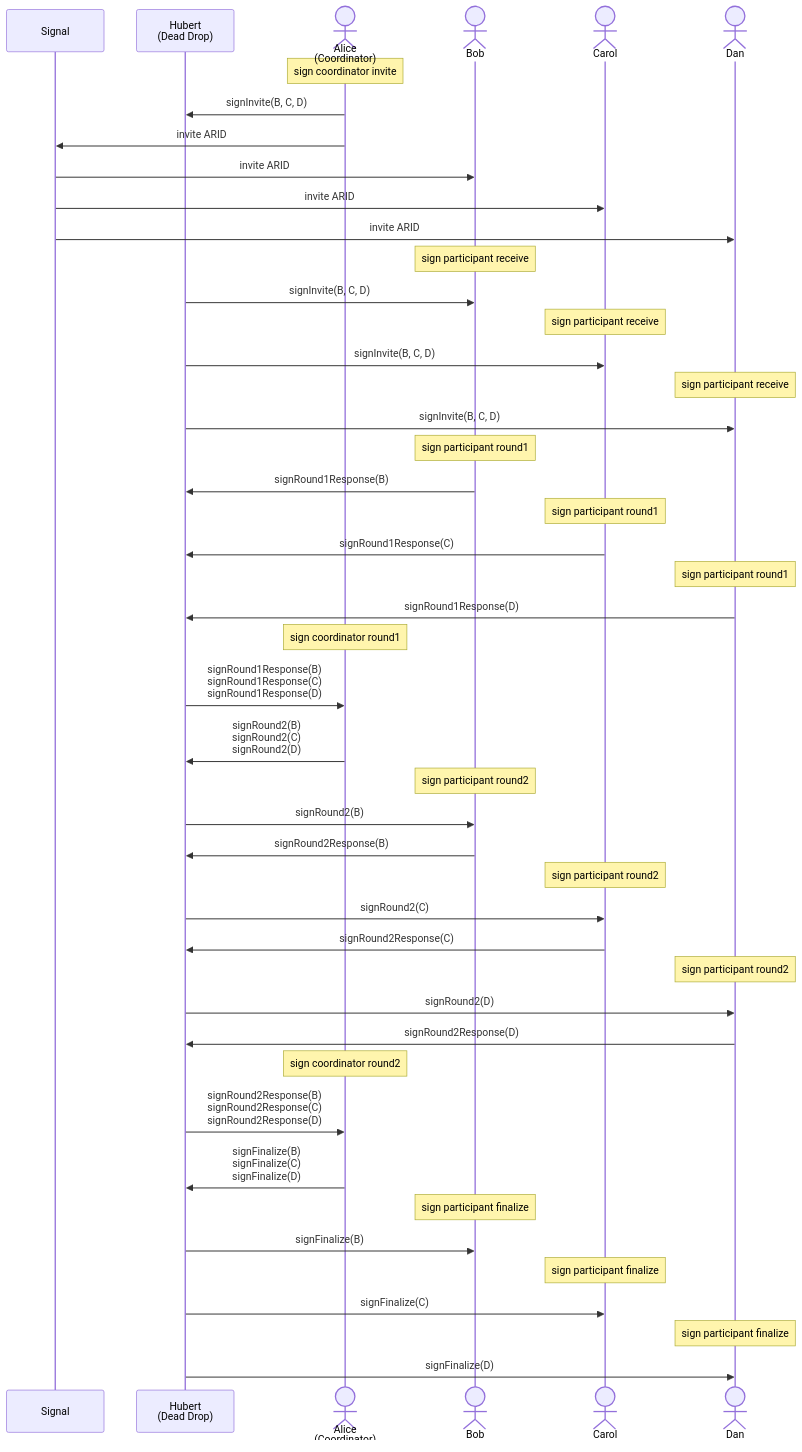
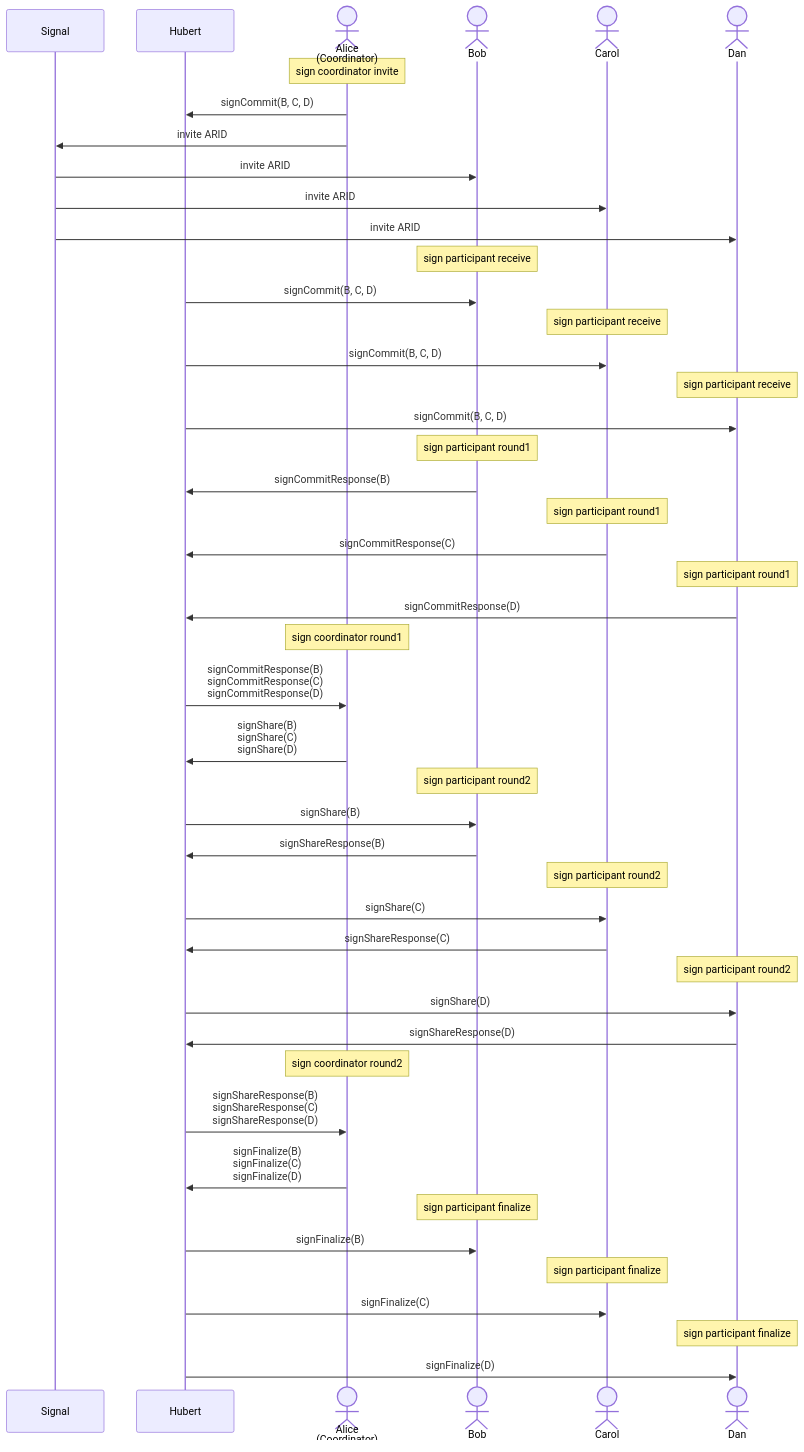
One commit to BlockchainCommons/frost-hubert-rust changed the third of 3 diagrams in sequence-diagram.md. Above: the diagram before and after it, drawn with Mermaid. The commit also changed other lines of this file and 7 other files, not shown here.

````diff
--- a/sequence-diagram.md
+++ b/sequence-diagram.md
@@ -98,63 +98,63 @@
 ```mermaid
 sequenceDiagram
     participant S as Signal
-    participant H as Hubert<br/>(Dead Drop)
+    participant H as Hubert
     actor A as Alice<br/>(Coordinator)
     actor B as Bob
     actor C as Carol
     actor D as Dan
 
     note over A: sign coordinator invite
-    A->>H: signInvite(B, C, D)
+    A->>H: signCommit(B, C, D)
     A->>S: invite ARID
     S->>B: invite ARID
     S->>C: invite ARID
     S->>D: invite ARID
 
     note over B: sign participant receive
-    H->>B: signInvite(B, C, D)
+    H->>B: signCommit(B, C, D)
 
     note over C: sign participant receive
-    H->>C: signInvite(B, C, D)
+    H->>C: signCommit(B, C, D)
 
     note over D: sign participant receive
-    H->>D: signInvite(B, C, D)
+    H->>D: signCommit(B, C, D)
 
     note over B: sign participant round1
-    B->>H: signRound1Response(B)
+    B->>H: signCommitResponse(B)
 
     note over C: sign participant round1
-    C->>H: signRound1Response(C)
+    C->>H: signCommitResponse(C)
 
     note over D: sign participant round1
-    D->>H: signRound1Response(D)
+    D->>H: signCommitResponse(D)
 
     note over A: sign coordinator round1
-    H->>A: signRound1Response(B)<br/>signRound1Response(C)<br/>signRound1Response(D)
-    A->>H: signRound2(B)<br/>signRound2(C)<br/>signRound2(D)
+    H->>A: signCommitResponse(B)<br/>signCommitResponse(C)<br/>signCommitResponse(D)
+    A->>H: signShare(B)<br/>signShare(C)<br/>signShare(D)
 
     note over B: sign participant round2
-    H->>B: signRound2(B)
-    B->>H: signRound2Response(B)
+    H->>B: signShare(B)
+    B->>H: signShareResponse(B)
 
     note over C: sign participant round2
-    H->>C: signRound2(C)
-    C->>H: signRound2Response(C)
+    H->>C: signShare(C)
+    C->>H: signShareResponse(C)
 
     note over D: sign participant round2
-    H->>D: signRound2(D)
-    D->>H: signRound2Response(D)
+    H->>D: signShare(D)
+    D->>H: signShareResponse(D)
 
     note over A: sign coordinator round2
-    H->>A: signRound2Response(B)<br/>signRound2Response(C)<br/>signRound2Response(D)
+    H->>A: signShareResponse(B)<br/>signShareResponse(C)<br/>signShareResponse(D)
     A->>H: signFinalize(B)<br/>signFinalize(C)<br/>signFinalize(D)
 
     note over B: sign participant finalize
     H->>B: signFinalize(B)
 
     note over C: sign participant finalize
     H->>C: signFinalize(C)
 
     note over D: sign participant finalize
     H->>D: signFinalize(D)
 ```
````
